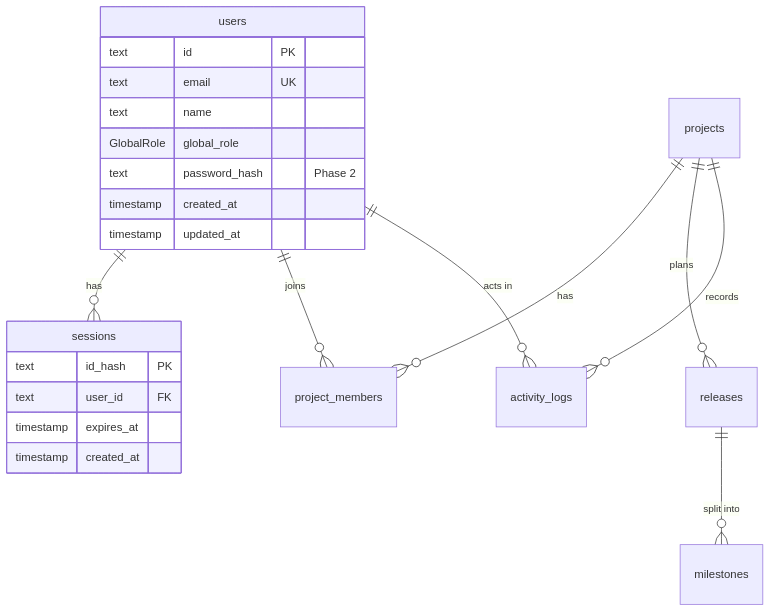
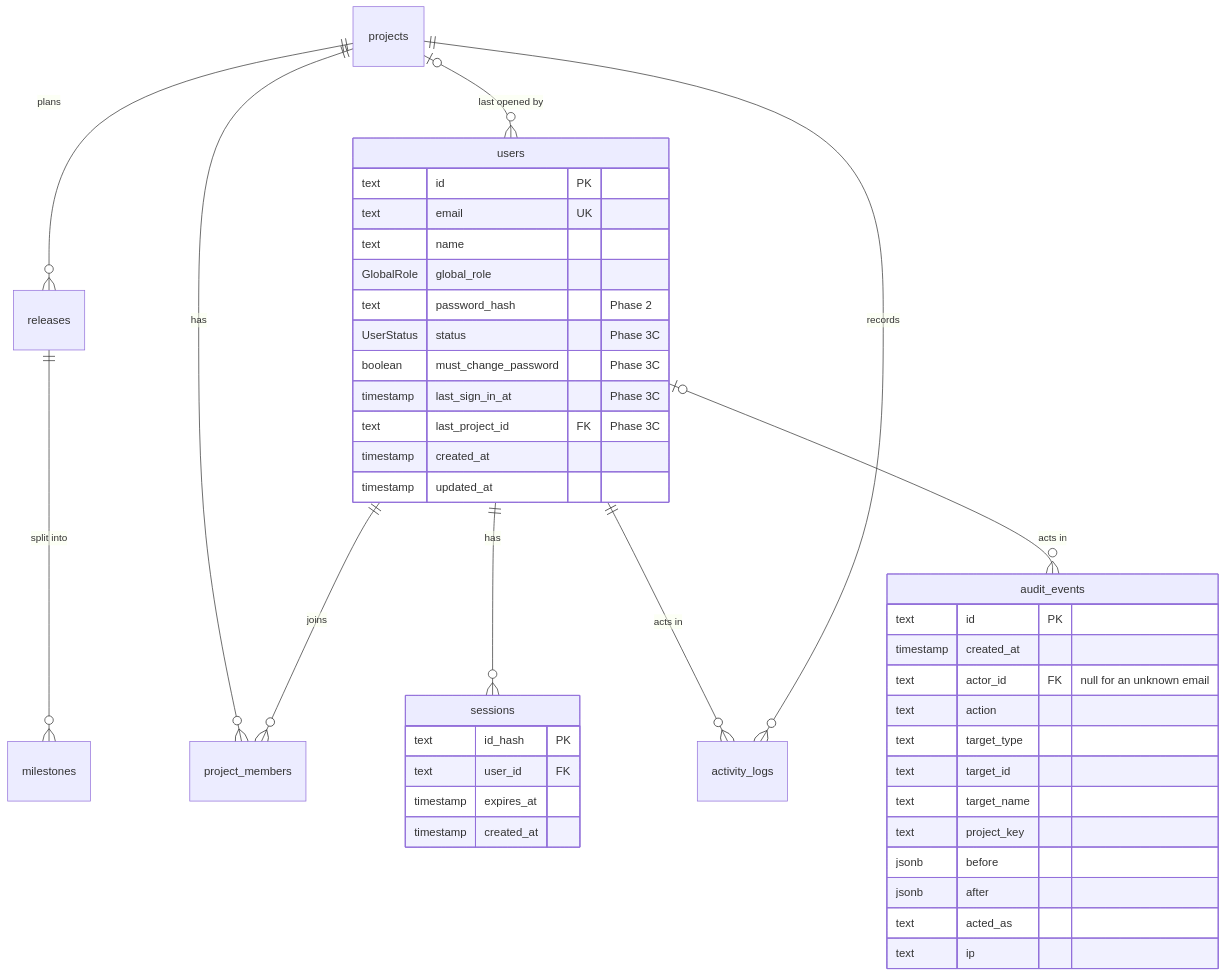
The diagram in docs/database/README.md (RITA-CHANN/qa-work-management), drawn with Mermaid before and after one commit. The commit also changed other lines of this file and 39 other files, not shown here.

````diff
--- a/docs/database/README.md
+++ b/docs/database/README.md
@@ -29,25 +30,45 @@
 ```mermaid
 erDiagram
     users ||--o{ sessions : "has"
     users ||--o{ project_members : "joins"
     projects ||--o{ project_members : "has"
     projects ||--o{ releases : "plans"
     releases ||--o{ milestones : "split into"
     projects ||--o{ activity_logs : "records"
     users ||--o{ activity_logs : "acts in"
+    users |o--o{ audit_events : "acts in"
+    projects |o--o{ users : "last opened by"
     users {
         text id PK
         text email UK
         text name
         GlobalRole global_role
         text password_hash "Phase 2"
+        UserStatus status "Phase 3C"
+        boolean must_change_password "Phase 3C"
+        timestamp last_sign_in_at "Phase 3C"
+        text last_project_id FK "Phase 3C"
         timestamp created_at
         timestamp updated_at
+    }
+    audit_events {
+        text id PK
+        timestamp created_at
+        text actor_id FK "null for an unknown email"
+        text action
+        text target_type
+        text target_id
+        text target_name
+        text project_key
+        jsonb before
+        jsonb after
+        text acted_as
+        text ip
     }
     sessions {
         text id_hash PK
         text user_id FK
         timestamp expires_at
         timestamp created_at
     }
 ```
````
